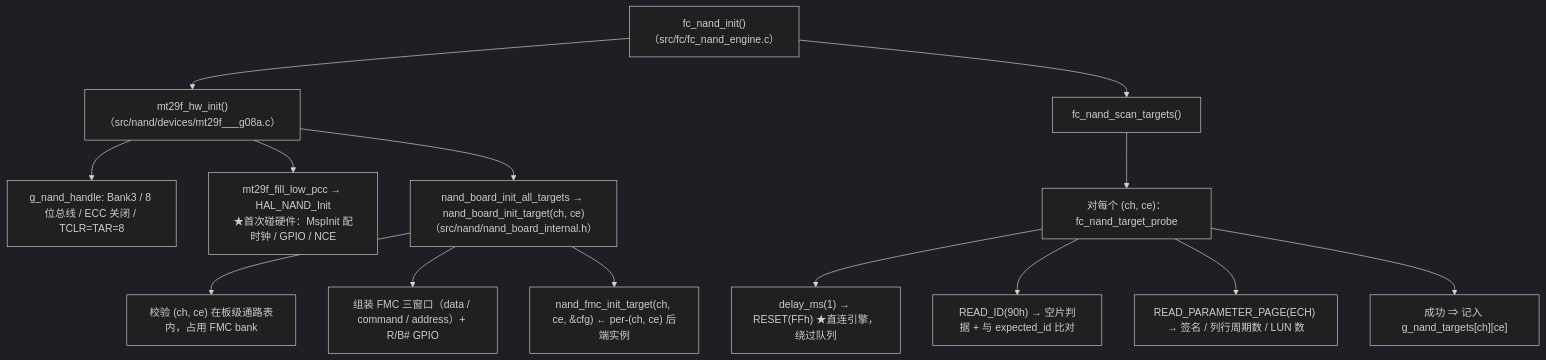
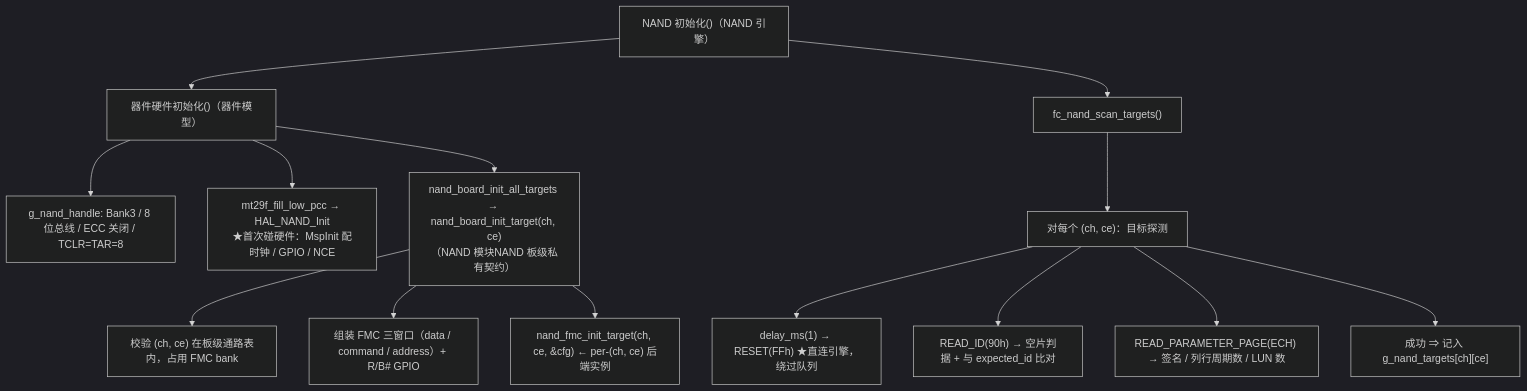
Before and after one commit to YzYMIAO/BASESSD: diagram 14 of 18 in docs/design/fc_nand_design.md, drawn with Mermaid (dark theme). The commit also changed other lines of this file and 49 other files, not shown here.

````diff
--- a/docs/design/fc_nand_design.md
+++ b/docs/design/fc_nand_design.md
@@ -2089,18 +2026,18 @@
 ```mermaid
 flowchart TB
-    I["fc_nand_init()（src/fc/fc_nand_engine.c）"]
-    I --> HW["mt29f_hw_init()（src/nand/devices/mt29f___g08a.c）"]
+    I["NAND 初始化()（NAND 引擎）"]
+    I --> HW["器件硬件初始化()（器件模型）"]
     HW --> H1["g_nand_handle: Bank3 / 8 位总线 / ECC 关闭 / TCLR=TAR=8"]
     HW --> H2["mt29f_fill_low_pcc → HAL_NAND_Init<br/>★首次碰硬件：MspInit 配时钟 / GPIO / NCE"]
-    HW --> H3["nand_board_init_all_targets → nand_board_init_target(ch, ce)<br/>（src/nand/nand_board_internal.h）"]
+    HW --> H3["nand_board_init_all_targets → nand_board_init_target(ch, ce)<br/>（NAND 模块NAND 板级私有契约）"]
     H3 --> H3A["校验 (ch, ce) 在板级通路表内，占用 FMC bank"]
     H3 --> H3B["组装 FMC 三窗口（data / command / address）+ R/B# GPIO"]
     H3 --> H3C["nand_fmc_init_target(ch, ce, &amp;cfg) ← per-(ch, ce) 后端实例"]
 
     I --> SCAN["fc_nand_scan_targets()"]
-    SCAN --> SC["对每个 (ch, ce)：fc_nand_target_probe"]
+    SCAN --> SC["对每个 (ch, ce)：目标探测"]
     SC --> P1["delay_ms(1) → RESET(FFh) ★直连引擎，绕过队列"]
     SC --> P2["READ_ID(90h) → 空片判据 + 与 expected_id 比对"]
     SC --> P3["READ_PARAMETER_PAGE(ECH) → 签名 / 列行周期数 / LUN 数"]
     SC --> P4["成功 ⇒ 记入 g_nand_targets[ch][ce]"]
 ```
````
